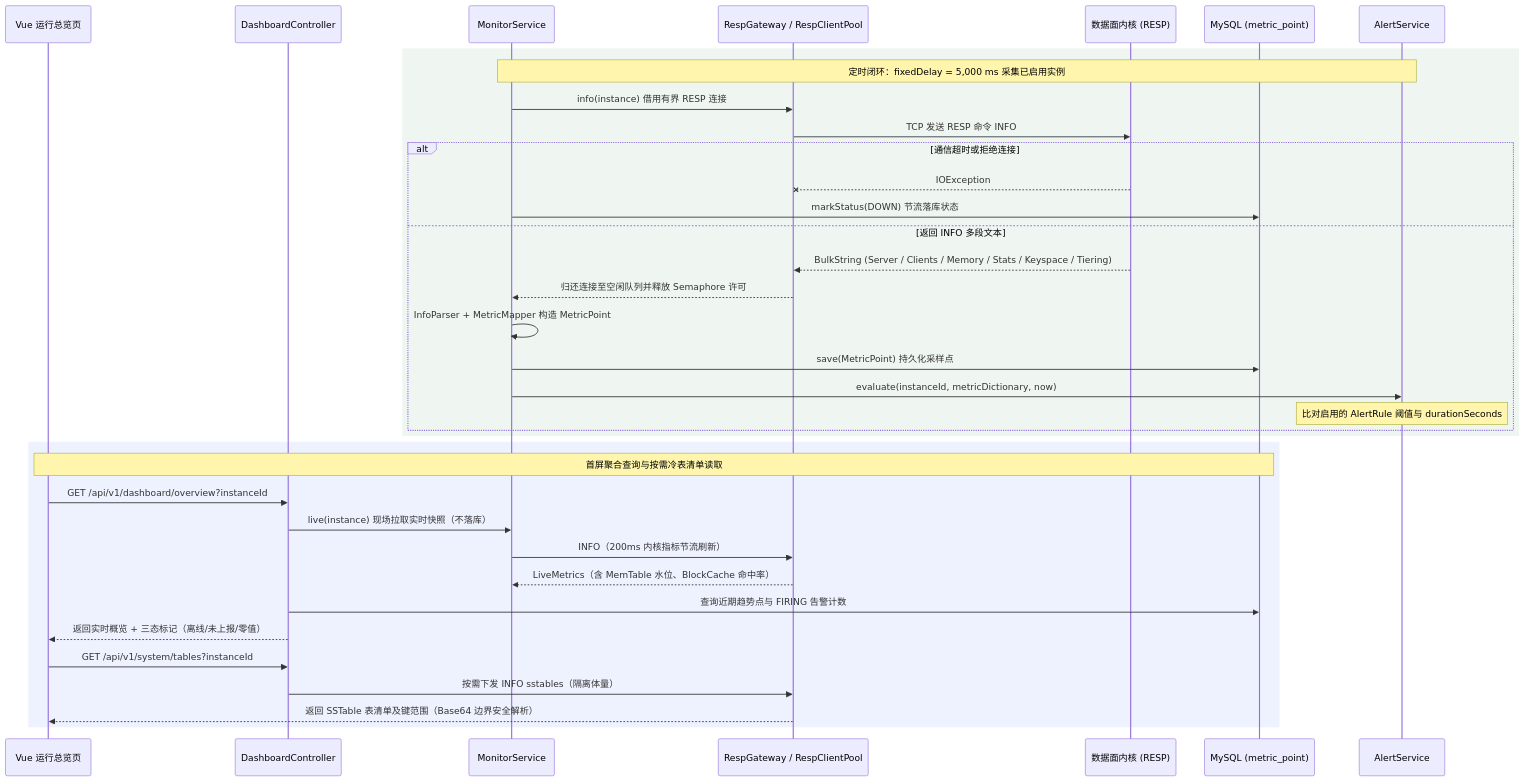
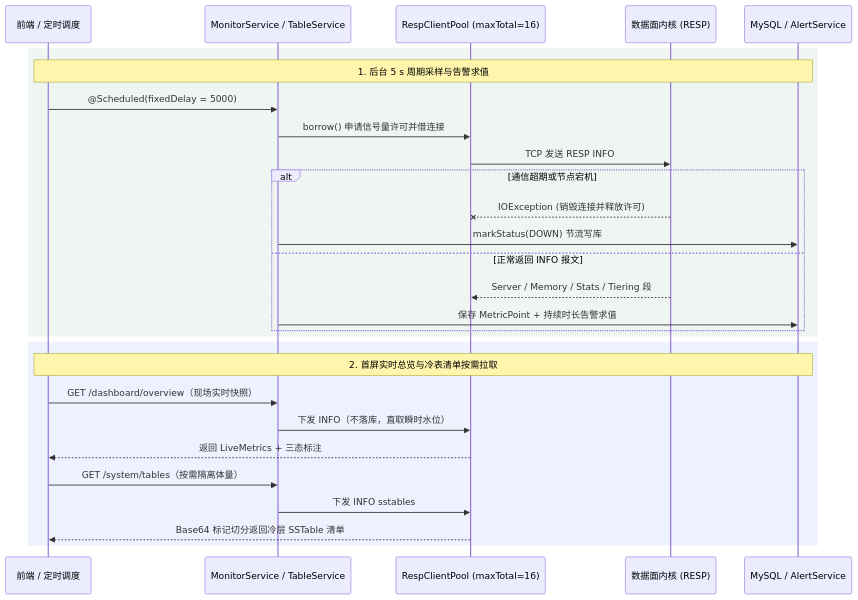
Before and after one commit to Holylaw7/tiering-kv: the diagram in docs/design/figures/fig4-2-info-sequence.mmd, drawn with Mermaid. The commit also changed 16 other files, not shown here.

```diff
--- a/docs/design/figures/fig4-2-info-sequence.mmd
+++ b/docs/design/figures/fig4-2-info-sequence.mmd
@@ -1,39 +1,31 @@
-%%{init: {'theme':'base','themeVariables':{'fontFamily':"'Segoe UI','Microsoft YaHei',sans-serif",'fontSize':'13px','primaryColor':'#FFFFFF','primaryBorderColor':'#CBD2D9','primaryTextColor':'#202124','lineColor':'#626B78','secondaryColor':'#F7F8FA','tertiaryColor':'#FBFCFE','noteBkgColor':'#F8FAFC','noteBorderColor':'#CBD5E1','noteTextColor':'#334155','actorBkg':'#FFFFFF','actorBorder':'#CBD2D9','actorTextColor':'#0F172A','signalColor':'#475569','signalTextColor':'#0F172A','labelBoxBkgColor':'#EEF2FF','labelBoxBorderColor':'#C7D2F5','labelTextColor':'#1D4ED8'}}}%%
+%%{init: {'theme':'base','sequence':{'actorMargin':32,'width':130,'height':42,'boxMargin':6,'messageMargin':26,'mirrorActors':false},'themeVariables':{'fontFamily':"'Microsoft YaHei','Segoe UI',sans-serif",'fontSize':'16px','primaryColor':'#FFFFFF','primaryBorderColor':'#94A3B8','primaryTextColor':'#0F172A','lineColor':'#475569','secondaryColor':'#F8FAFC','tertiaryColor':'#FFFFFF','noteBkgColor':'#F8FAFC','noteBorderColor':'#CBD5E1','noteTextColor':'#334155','actorBkg':'#FFFFFF','actorBorder':'#94A3B8','actorTextColor':'#0F172A','signalColor':'#334155','signalTextColor':'#0F172A','labelBoxBkgColor':'#EEF2FF','labelBoxBorderColor':'#C7D2F5','labelTextColor':'#1D4ED8'}}}%%
 sequenceDiagram
-    participant UI as Vue 运行总览页
-    participant DC as DashboardController
-    participant MS as MonitorService
-    participant GW as RespGateway / RespClientPool
+    participant UI as 前端 / 定时调度
+    participant SVC as MonitorService / TableService
+    participant POOL as RespClientPool (maxTotal=16)
     participant KV as 数据面内核 (RESP)
-    participant DB as MySQL (metric_point)
-    participant AS as AlertService
+    participant DB as MySQL / AlertService
 
     rect rgb(239,246,241)
-    Note over MS,AS: 定时闭环：fixedDelay = 5,000 ms 采集已启用实例
-    MS->>GW: info(instance) 借用有界 RESP 连接
-    GW->>KV: TCP 发送 RESP 命令 INFO
-    alt 通信超时或拒绝连接
-        KV--xGW: IOException
-        MS->>DB: markStatus(DOWN) 节流落库状态
-    else 返回 INFO 多段文本
-        KV-->>GW: BulkString (Server / Clients / Memory / Stats / Keyspace / Tiering)
-        GW-->>MS: 归还连接至空闲队列并释放 Semaphore 许可
-        MS->>MS: InfoParser + MetricMapper 构造 MetricPoint
-        MS->>DB: save(MetricPoint) 持久化采样点
-        MS->>AS: evaluate(instanceId, metricDictionary, now)
-        Note over AS: 比对启用的 AlertRule 阈值与 durationSeconds
+    Note over UI,DB: 1. 后台 5 s 周期采样与告警求值
+    UI->>SVC: @Scheduled(fixedDelay = 5000)
+    SVC->>POOL: borrow() 申请信号量许可并借连接
+    POOL->>KV: TCP 发送 RESP INFO
+    alt 通信超期或节点宕机
+        KV--xPOOL: IOException (销毁连接并释放许可)
+        SVC->>DB: markStatus(DOWN) 节流写库
+    else 正常返回 INFO 报文
+        KV-->>POOL: Server / Memory / Stats / Tiering 段
+        SVC->>DB: 保存 MetricPoint + 持续时长告警求值
     end
     end
 
     rect rgb(238,242,255)
-    Note over UI,DB: 首屏聚合查询与按需冷表清单读取
-    UI->>DC: GET /api/v1/dashboard/overview?instanceId
-    DC->>MS: live(instance) 现场拉取实时快照（不落库）
-    MS->>GW: INFO（200ms 内核指标节流刷新）
-    GW-->>MS: LiveMetrics（含 MemTable 水位、BlockCache 命中率）
-    DC->>DB: 查询近期趋势点与 FIRING 告警计数
-    DC-->>UI: 返回实时概览 + 三态标记（离线/未上报/零值）
-    UI->>DC: GET /api/v1/system/tables?instanceId
-    DC->>GW: 按需下发 INFO sstables（隔离体量）
-    GW-->>UI: 返回 SSTable 表清单及键范围（Base64 边界安全解析）
+    Note over UI,DB: 2. 首屏实时总览与冷表清单按需拉取
+    UI->>SVC: GET /dashboard/overview（现场实时快照）
+    SVC->>POOL: 下发 INFO（不落库，直取瞬时水位）
+    POOL-->>UI: 返回 LiveMetrics + 三态标注
+    UI->>SVC: GET /system/tables（按需隔离体量）
+    SVC->>POOL: 下发 INFO sstables
+    POOL-->>UI: Base64 标记切分返回冷层 SSTable 清单
     end
```
